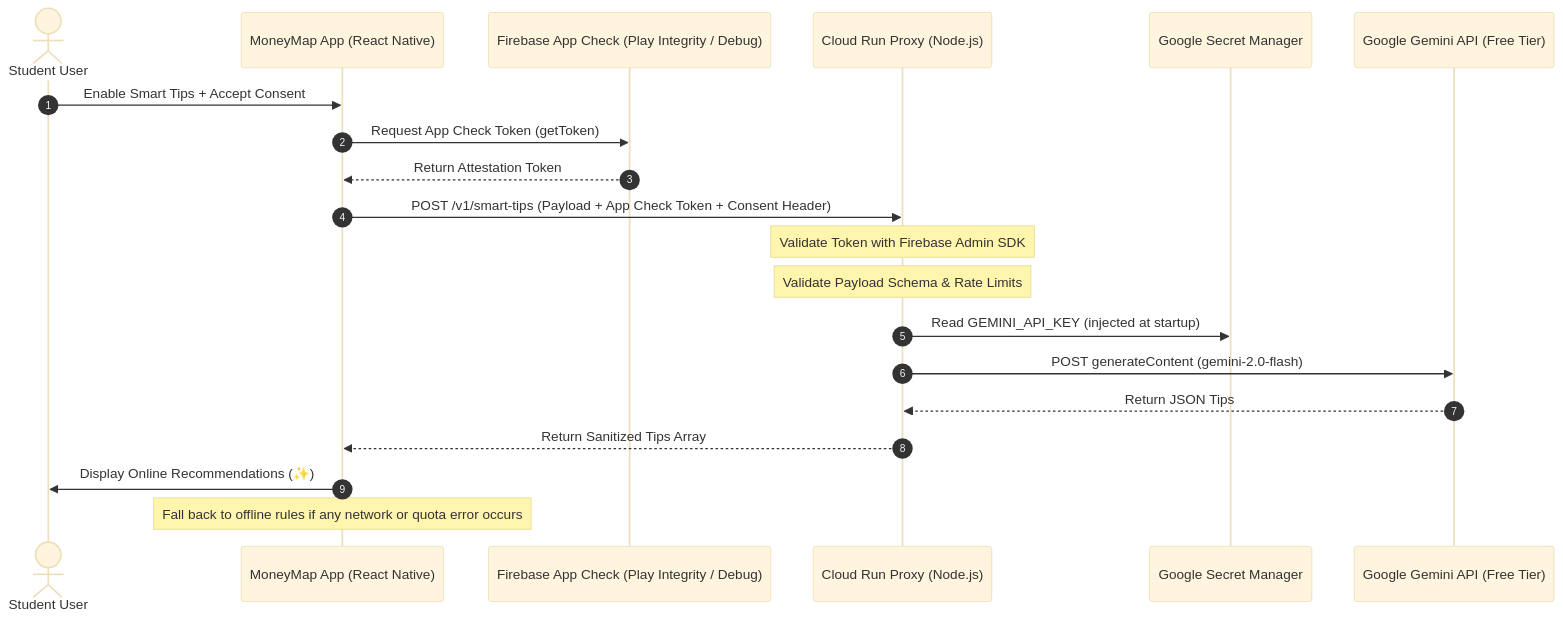
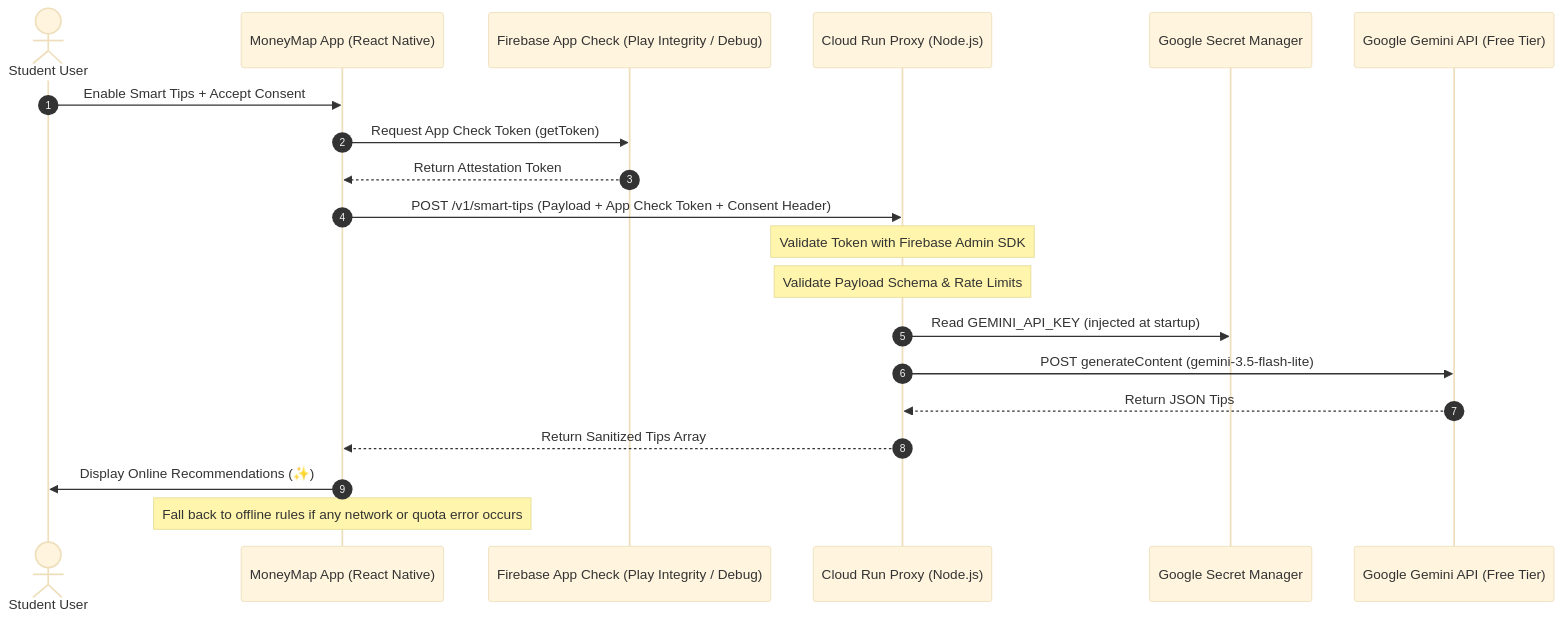
Before and after one commit to SecretlySpy/TIP_MoneyMap-Finance-Tracker-App: the diagram in docs/firebase-app-check-cloud-run.md, drawn with Mermaid (base theme). The commit also changed other lines of this file and 4 other files, not shown here.

Commit message:
fix(ai): update default Gemini model and allowlist to gemini-3.5-flash-lite

````diff
--- a/docs/firebase-app-check-cloud-run.md
+++ b/docs/firebase-app-check-cloud-run.md
@@ -13,23 +13,23 @@
 ```mermaid
 sequenceDiagram
     autonumber
     actor User as Student User
     participant App as MoneyMap App (React Native)
     participant AppCheck as Firebase App Check (Play Integrity / Debug)
     participant Proxy as Cloud Run Proxy (Node.js)
     participant SM as Google Secret Manager
     participant Gemini as Google Gemini API (Free Tier)
 
     User->>App: Enable Smart Tips + Accept Consent
     App->>AppCheck: Request App Check Token (getToken)
     AppCheck-->>App: Return Attestation Token
     App->>Proxy: POST /v1/smart-tips (Payload + App Check Token + Consent Header)
     Note over Proxy: Validate Token with Firebase Admin SDK
     Note over Proxy: Validate Payload Schema & Rate Limits
     Proxy->>SM: Read GEMINI_API_KEY (injected at startup)
-    Proxy->>Gemini: POST generateContent (gemini-2.0-flash)
+    Proxy->>Gemini: POST generateContent (gemini-3.5-flash-lite)
     Gemini-->>Proxy: Return JSON Tips
     Proxy-->>App: Return Sanitized Tips Array
     App->>User: Display Online Recommendations (✨)
     Note over App: Fall back to offline rules if any network or quota error occurs
 ```
````
